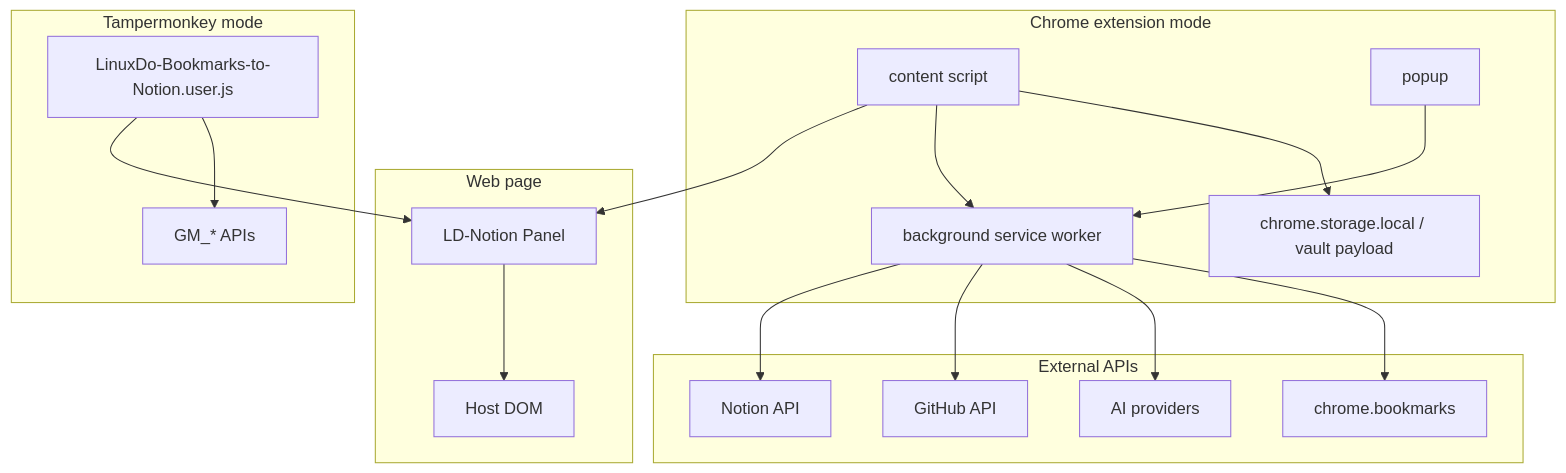
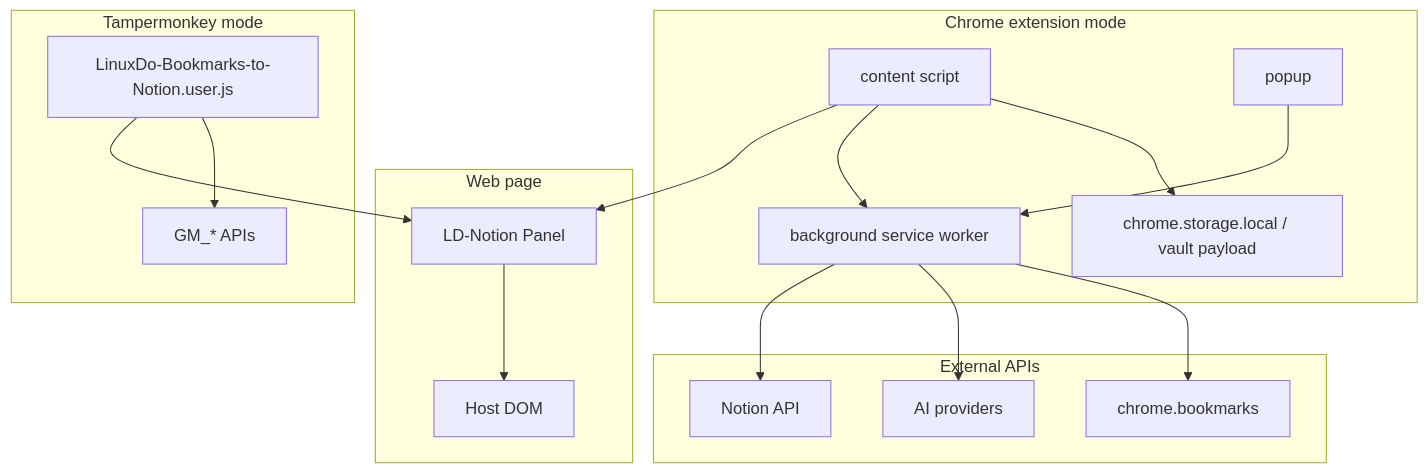
One commit to Smith-106/LD-Notion changed the first of 2 diagrams in docs/extension/architecture.md. Above: the diagram before and after it, drawn with Mermaid. The commit also changed 100 other files, not shown here.

First line of the commit message:
feat(release): v3.17.0 — GitHub 收藏源全移除

````diff
--- a/docs/extension/architecture.md
+++ b/docs/extension/architecture.md
@@ -7,38 +7,36 @@
 ```mermaid
 flowchart TB
   subgraph Page[Web page]
     DOM[Host DOM]
     Panel[LD-Notion Panel]
   end
 
   subgraph UserScript[Tampermonkey mode]
     GM[GM_* APIs]
     Script[LinuxDo-Bookmarks-to-Notion.user.js]
   end
 
   subgraph Extension[Chrome extension mode]
     Content[content script]
     Background[background service worker]
     Popup[popup]
     Storage[chrome.storage.local / vault payload]
   end
 
   subgraph External[External APIs]
     Notion[Notion API]
-    GitHub[GitHub API]
     AI[AI providers]
     Bookmarks[chrome.bookmarks]
   end
 
   Script --> Panel
   Content --> Panel
   Panel --> DOM
   Script --> GM
   Content --> Background
   Popup --> Background
   Background --> Notion
-  Background --> GitHub
   Background --> AI
   Background --> Bookmarks
   Content --> Storage
 ```
````
